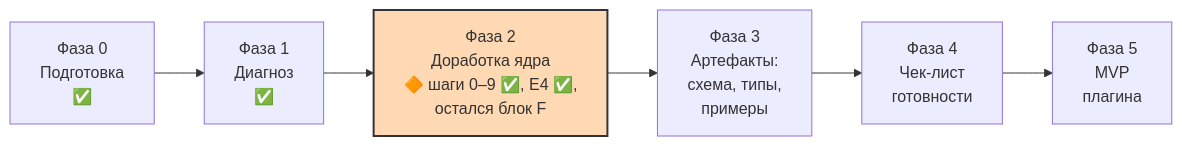
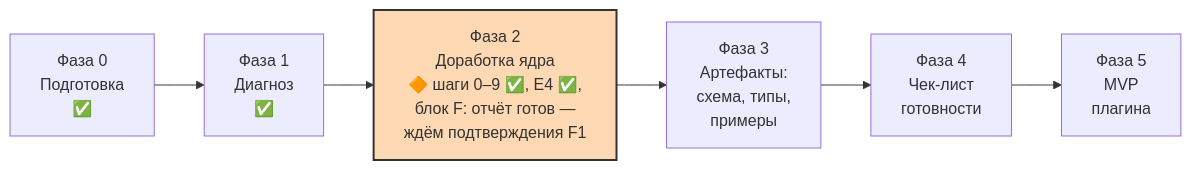
The diagram in docs/project-map/PROJECT_MAP.md (pashhha33/SB_Qwen_PKB), drawn with Mermaid before and after one commit. The commit also changed other lines of this file and 10 other files, not shown here.

First line of the commit message:
docs(roadmap): блок F — итоговый отчёт готовности по 32 пунктам чек-листа; долги документации возвращены (0.29.2)

````diff
--- a/docs/project-map/PROJECT_MAP.md
+++ b/docs/project-map/PROJECT_MAP.md
@@ -57,9 +59,9 @@
 ```mermaid
 flowchart LR
     F0["Фаза 0<br/>Подготовка<br/>✅"] --> F1["Фаза 1<br/>Диагноз<br/>✅"]
-    F1 --> F2["Фаза 2<br/>Доработка ядра<br/>🔶 шаги 0–9 ✅, E4 ✅,<br/>остался блок F"]
+    F1 --> F2["Фаза 2<br/>Доработка ядра<br/>🔶 шаги 0–9 ✅, E4 ✅,<br/>блок F: отчёт готов —<br/>ждём подтверждения F1"]
     F2 --> F3["Фаза 3<br/>Артефакты:<br/>схема, типы,<br/>примеры"]
     F3 --> F4["Фаза 4<br/>Чек-лист<br/>готовности"]
     F4 --> F5["Фаза 5<br/>MVP<br/>плагина"]
     style F2 fill:#ffd9b3,stroke:#333,stroke-width:2px
 ```
````
